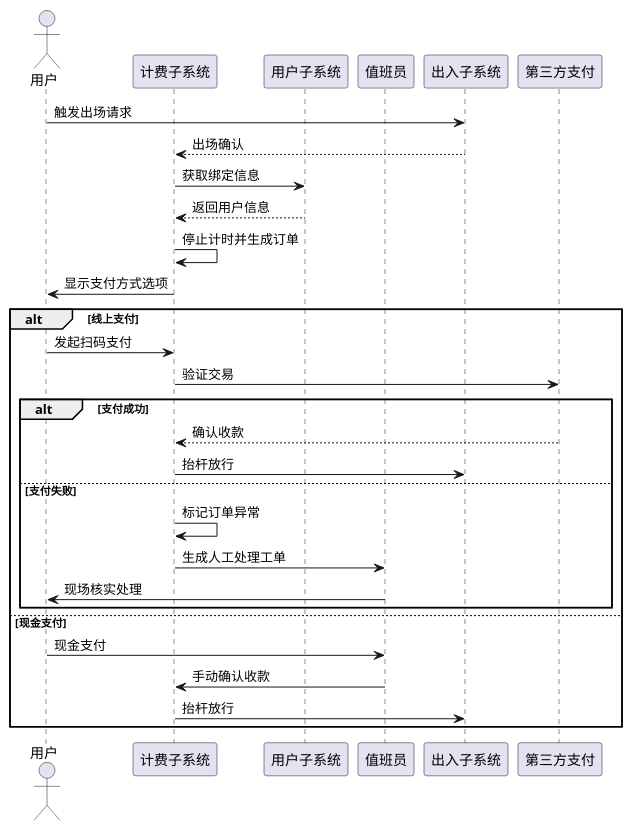
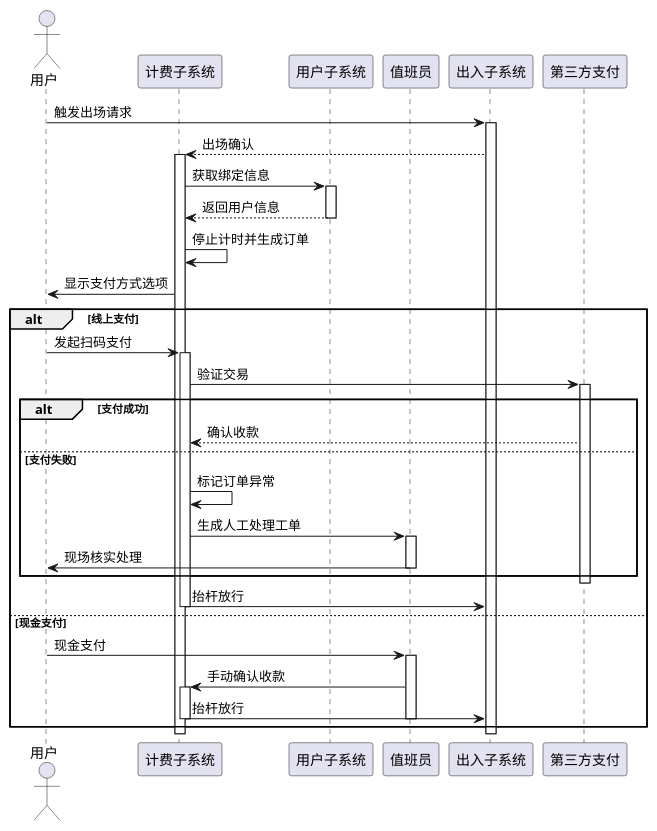
One commit to heichiii/srs_result changed the diagram in uml/活动图时序图/出场缴费.plantuml. Above: the diagram before and after it, drawn with PlantUML. The commit also changed 8 other files, not shown here.

Commit message:
时序图修改

```diff
--- a/uml/活动图时序图/出场缴费.plantuml
+++ b/uml/活动图时序图/出场缴费.plantuml
@@ -1,30 +1,48 @@
-@startuml
+@startuml 车辆出场缴费时序图
 actor 用户
 participant "计费子系统" as 计费
 participant "用户子系统" as 用户库
 participant "值班员" as 值班员
+participant "出入子系统" as 出入
+participant "第三方支付" as 第三方
 
-用户  -> 出入子系统: 触发出场请求
-出入子系统 --> 计费: 出场确认
-计费 -> 用户库: 获取绑定信息
-用户库 --> 计费: 返回用户信息
-计费 -> 计费: 停止计时并生成订单
-计费 -> 用户: 显示支付方式选项
+用户  -> 出入: 触发出场请求
+activate 出入
+  出入 --> 计费: 出场确认
+  activate 计费
+    计费 -> 用户库: 获取绑定信息
+    activate 用户库
+      用户库 --> 计费: 返回用户信息
+    deactivate 用户库
+    计费 -> 计费: 停止计时并生成订单
+    计费 -> 用户: 显示支付方式选项
 
-alt 线上支付
-  用户 -> 计费: 发起扫码支付
-  计费 -> 第三方支付: 验证交易
-  alt 支付成功
-    第三方支付 --> 计费: 确认收款
-    计费 -> 出入子系统: 抬杆放行
-  else 支付失败
-    计费 -> 计费: 标记订单异常
-    计费 -> 值班员: 生成人工处理工单
-    值班员 -> 用户: 现场核实处理
-  end
-else 现金支付
-  用户 -> 值班员: 现金支付
-  值班员 -> 计费: 手动确认收款
-  计费 -> 出入子系统: 抬杆放行
-end
+    alt 线上支付
+      用户 -> 计费: 发起扫码支付
+      activate 计费
+        计费 -> 第三方: 验证交易
+        activate 第三方
+          alt 支付成功
+            第三方 --> 计费: 确认收款
+          else 支付失败
+            计费 -> 计费: 标记订单异常
+            计费 -> 值班员: 生成人工处理工单
+            activate 值班员
+              值班员 -> 用户: 现场核实处理
+            deactivate 值班员
+          end
+        deactivate 第三方
+        计费 -> 出入: 抬杆放行
+      deactivate 计费
+    else 现金支付
+      用户 -> 值班员: 现金支付
+      activate 值班员
+        值班员 -> 计费: 手动确认收款
+        activate 计费
+          计费 -> 出入: 抬杆放行
+        deactivate 计费
+      deactivate 值班员
+    end
+  deactivate 计费
+deactivate 出入
 @enduml
```
